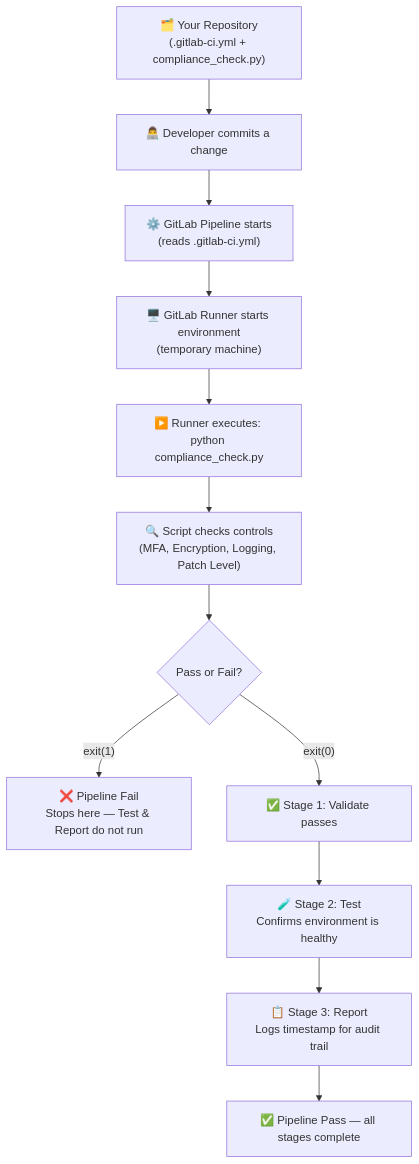
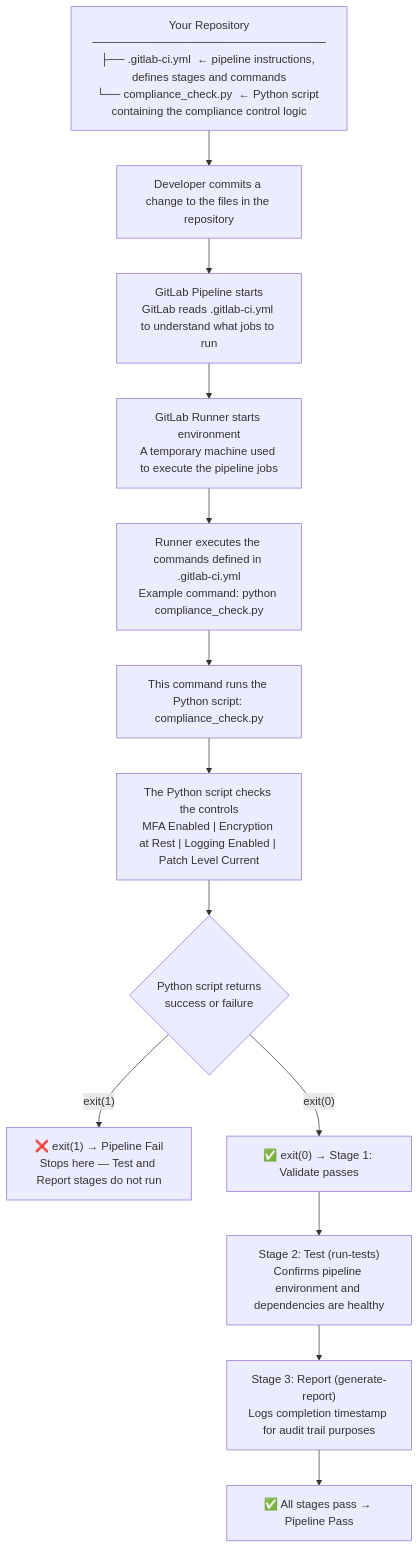
Before and after one commit to angie-in-the-cloud/gitlab-compliance-pipeline: the diagram in README.md, drawn with Mermaid.

````diff
--- a/README.md
+++ b/README.md
@@ -16,19 +16,20 @@
 ```mermaid
 flowchart TD
-    A["🗂️ Your Repository\n(.gitlab-ci.yml + compliance_check.py)"]
-    B["👨‍💻 Developer commits a change"]
-    C["⚙️ GitLab Pipeline starts\n(reads .gitlab-ci.yml)"]
-    D["🖥️ GitLab Runner starts environment\n(temporary machine)"]
-    E["▶️ Runner executes: python compliance_check.py"]
-    F["🔍 Script checks controls\n(MFA, Encryption, Logging, Patch Level)"]
-    G{"Pass or Fail?"}
-    H["❌ Pipeline Fail\nStops here — Test & Report do not run"]
-    I["✅ Stage 1: Validate passes"]
-    J["🧪 Stage 2: Test\nConfirms environment is healthy"]
-    K["📋 Stage 3: Report\nLogs timestamp for audit trail"]
-    L["✅ Pipeline Pass — all stages complete"]
+    A["Your Repository\n─────────────────────────────\n├── .gitlab-ci.yml  ← pipeline instructions, defines stages and commands\n└── compliance_check.py  ← Python script containing the compliance control logic"]
+    B["Developer commits a change to the files in the repository"]
+    C["GitLab Pipeline starts\nGitLab reads .gitlab-ci.yml to understand what jobs to run"]
+    D["GitLab Runner starts environment\nA temporary machine used to execute the pipeline jobs"]
+    E["Runner executes the commands defined in .gitlab-ci.yml\nExample command: python compliance_check.py"]
+    F["This command runs the Python script: compliance_check.py"]
+    G["The Python script checks the controls\nMFA Enabled | Encryption at Rest | Logging Enabled | Patch Level Current"]
+    H{"Python script returns\nsuccess or failure"}
+    I["❌ exit(1) → Pipeline Fail\nStops here — Test and Report stages do not run"]
+    J["✅ exit(0) → Stage 1: Validate passes"]
+    K["Stage 2: Test (run-tests)\nConfirms pipeline environment and dependencies are healthy"]
+    L["Stage 3: Report (generate-report)\nLogs completion timestamp for audit trail purposes"]
+    M["✅ All stages pass → Pipeline Pass"]
 
-    A --> B --> C --> D --> E --> F --> G
-    G -- "exit(1)" --> H
-    G -- "exit(0)" --> I --> J --> K --> L
+    A --> B --> C --> D --> E --> F --> G --> H
+    H -- "exit(1)" --> I
+    H -- "exit(0)" --> J --> K --> L --> M
 ```
````
